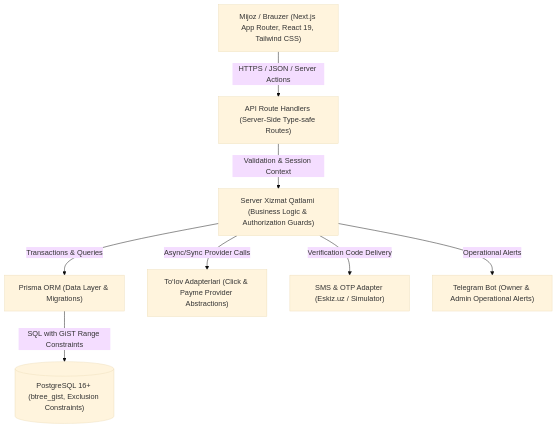
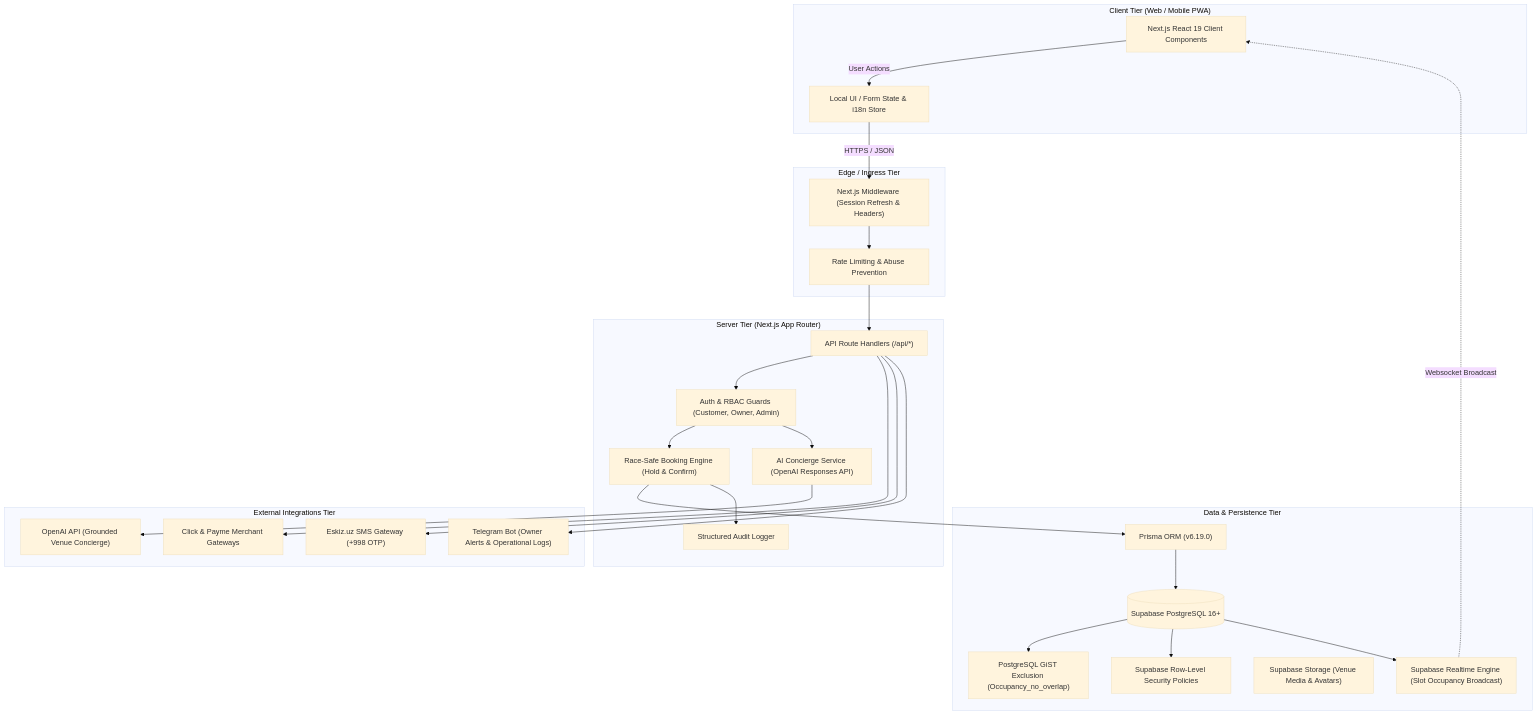
Before and after one commit to a04455638-netizen/SpaceHubuz: the diagram in docs/architecture.md, drawn with Mermaid (base theme). The commit also changed other lines of this file and 6 other files, not shown here.

````diff
--- a/docs/architecture.md
+++ b/docs/architecture.md
@@ -11,19 +7,55 @@
 ```mermaid
 flowchart TD
-    Client["Mijoz / Brauzer (Next.js App Router, React 19, Tailwind CSS)"]
-    API["API Route Handlers (Server-Side Type-safe Routes)"]
-    ServiceLayer["Server Xizmat Qatlami (Business Logic & Authorization Guards)"]
-    PrismaORM["Prisma ORM (Data Layer & Migrations)"]
-    PostgresDB[("PostgreSQL 16+ (btree_gist, Exclusion Constraints)")]
-    PaymentAdapter["To‘lov Adapterlari (Click & Payme Provider Abstractions)"]
-    SMSAdapter["SMS & OTP Adapter (Eskiz.uz / Simulator)"]
-    TelegramAdapter["Telegram Bot (Owner & Admin Operational Alerts)"]
+    subgraph Client["Client Tier (Web / Mobile PWA)"]
+        Browser["Next.js React 19 Client Components"]
+        UIState["Local UI / Form State & i18n Store"]
+        Browser -->|User Actions| UIState
+    end
 
-    Client -->|HTTPS / JSON / Server Actions| API
-    API -->|Validation & Session Context| ServiceLayer
-    ServiceLayer -->|Transactions & Queries| PrismaORM
-    PrismaORM -->|SQL with GiST Range Constraints| PostgresDB
-    ServiceLayer -->|Async/Sync Provider Calls| PaymentAdapter
-    ServiceLayer -->|Verification Code Delivery| SMSAdapter
-    ServiceLayer -->|Operational Alerts| TelegramAdapter
+    subgraph Edge["Edge / Ingress Tier"]
+        Middleware["Next.js Middleware (Session Refresh & Headers)"]
+        RateLimiter["Rate Limiting & Abuse Prevention"]
+    end
+
+    subgraph Server["Server Tier (Next.js App Router)"]
+        APIRoutes["API Route Handlers (/api/*)"]
+        AuthGuards["Auth & RBAC Guards (Customer, Owner, Admin)"]
+        BookingEngine["Race-Safe Booking Engine (Hold & Confirm)"]
+        AIService["AI Concierge Service (OpenAI Responses API)"]
+        AuditService["Structured Audit Logger"]
+    end
+
+    subgraph Data["Data & Persistence Tier"]
+        PrismaClient["Prisma ORM (v6.19.0)"]
+        PostgresDB[("Supabase PostgreSQL 16+")]
+        GistConstraint["PostgreSQL GiST Exclusion (Occupancy_no_overlap)"]
+        RLS["Supabase Row-Level Security Policies"]
+        SupabaseStorage["Supabase Storage (Venue Media & Avatars)"]
+        SupabaseRealtime["Supabase Realtime Engine (Slot Occupancy Broadcast)"]
+    end
+
+    subgraph External["External Integrations Tier"]
+        ClickPayme["Click & Payme Merchant Gateways"]
+        EskizSMS["Eskiz.uz SMS Gateway (+998 OTP)"]
+        TelegramBot["Telegram Bot (Owner Alerts & Operational Logs)"]
+        OpenAIAPI["OpenAI API (Grounded Venue Concierge)"]
+    end
+
+    UIState -->|HTTPS / JSON| Middleware
+    Middleware --> RateLimiter
+    RateLimiter --> APIRoutes
+    APIRoutes --> AuthGuards
+    AuthGuards --> BookingEngine
+    AuthGuards --> AIService
+    BookingEngine --> PrismaClient
+    BookingEngine --> AuditService
+    PrismaClient --> PostgresDB
+    PostgresDB --> GistConstraint
+    PostgresDB --> RLS
+    PostgresDB --> SupabaseRealtime
+    SupabaseRealtime -.->|Websocket Broadcast| Browser
+    APIRoutes --> ClickPayme
+    APIRoutes --> EskizSMS
+    APIRoutes --> TelegramBot
+    AIService --> OpenAIAPI
 ```
````
